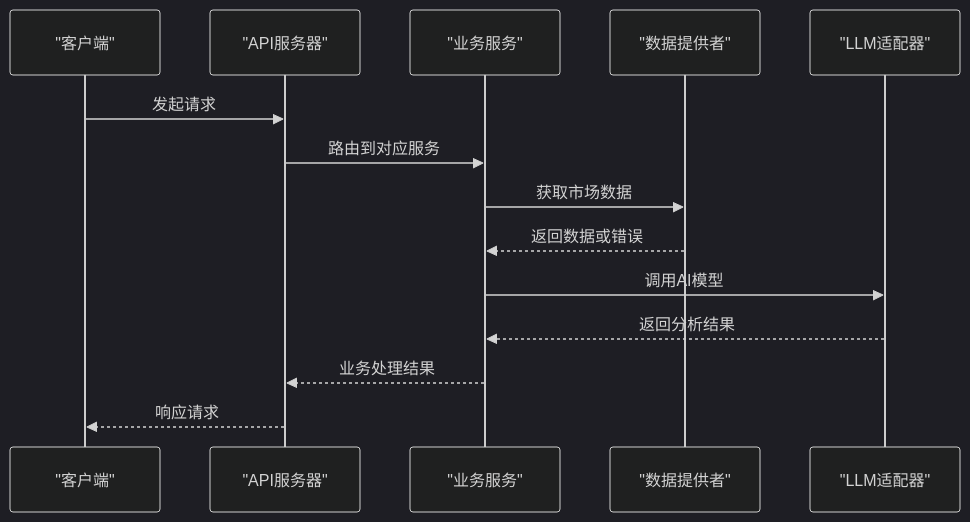
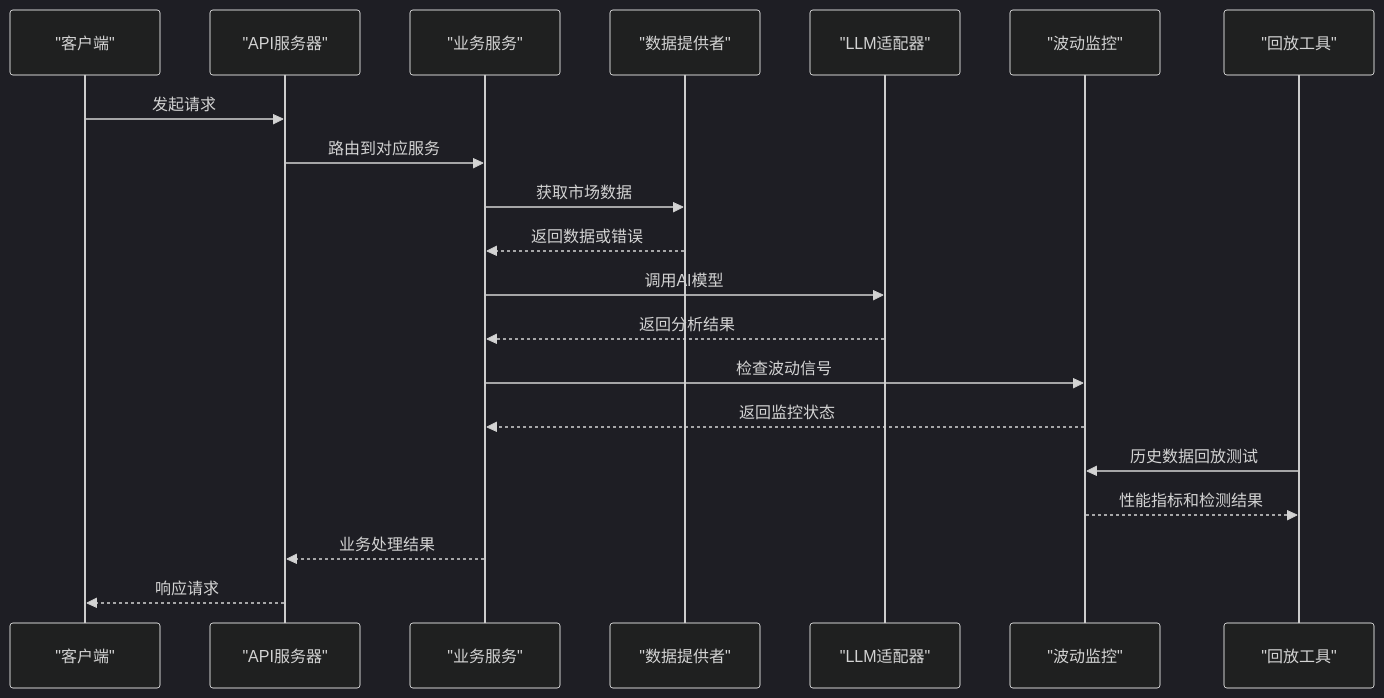
Before and after one commit to anYaoooo/daily_stock_analysis: the second of 8 diagrams in .qoder/repowiki/zh/content/故障排除.md, drawn with Mermaid (dark theme). The commit also changed other lines of this file and 148 other files, not shown here.

````diff
--- a/.qoder/repowiki/zh/content/故障排除.md
+++ b/.qoder/repowiki/zh/content/故障排除.md
@@ -98,16 +117,22 @@
 ```mermaid
 sequenceDiagram
 participant Client as "客户端"
 participant API as "API服务器"
 participant Service as "业务服务"
 participant DataProvider as "数据提供者"
 participant LLM as "LLM适配器"
+participant VolMonitor as "波动监控"
+participant ReplayTool as "回放工具"
 Client->>API : 发起请求
 API->>Service : 路由到对应服务
 Service->>DataProvider : 获取市场数据
 DataProvider-->>Service : 返回数据或错误
 Service->>LLM : 调用AI模型
 LLM-->>Service : 返回分析结果
+Service->>VolMonitor : 检查波动信号
+VolMonitor-->>Service : 返回监控状态
+ReplayTool->>VolMonitor : 历史数据回放测试
+VolMonitor-->>ReplayTool : 性能指标和检测结果
 Service-->>API : 业务处理结果
 API-->>Client : 响应请求
 ```
````
